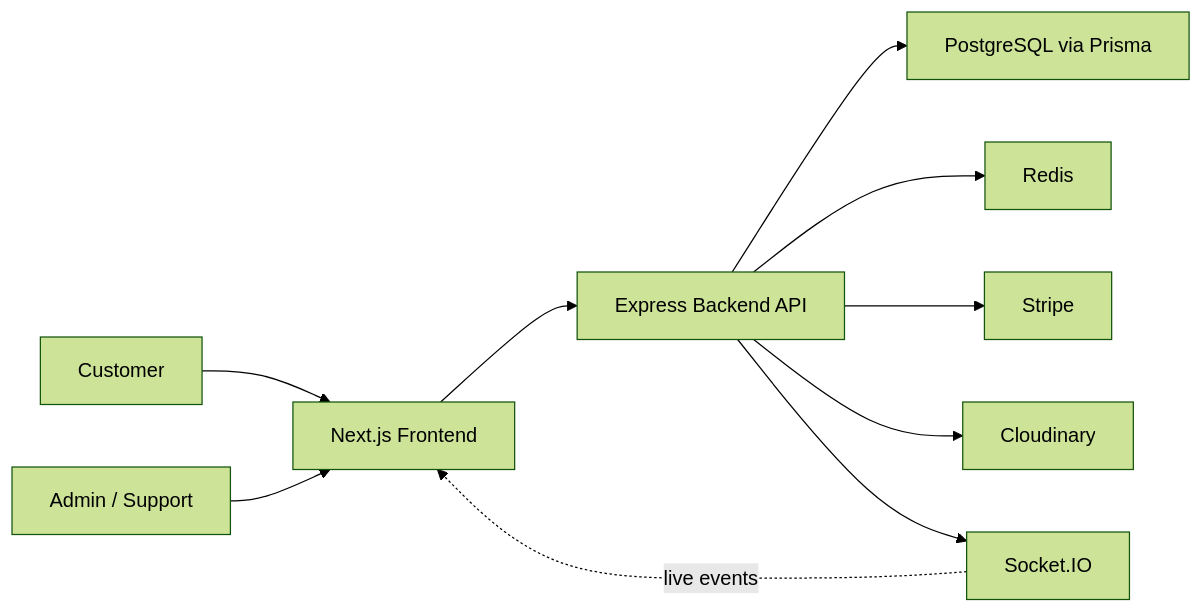
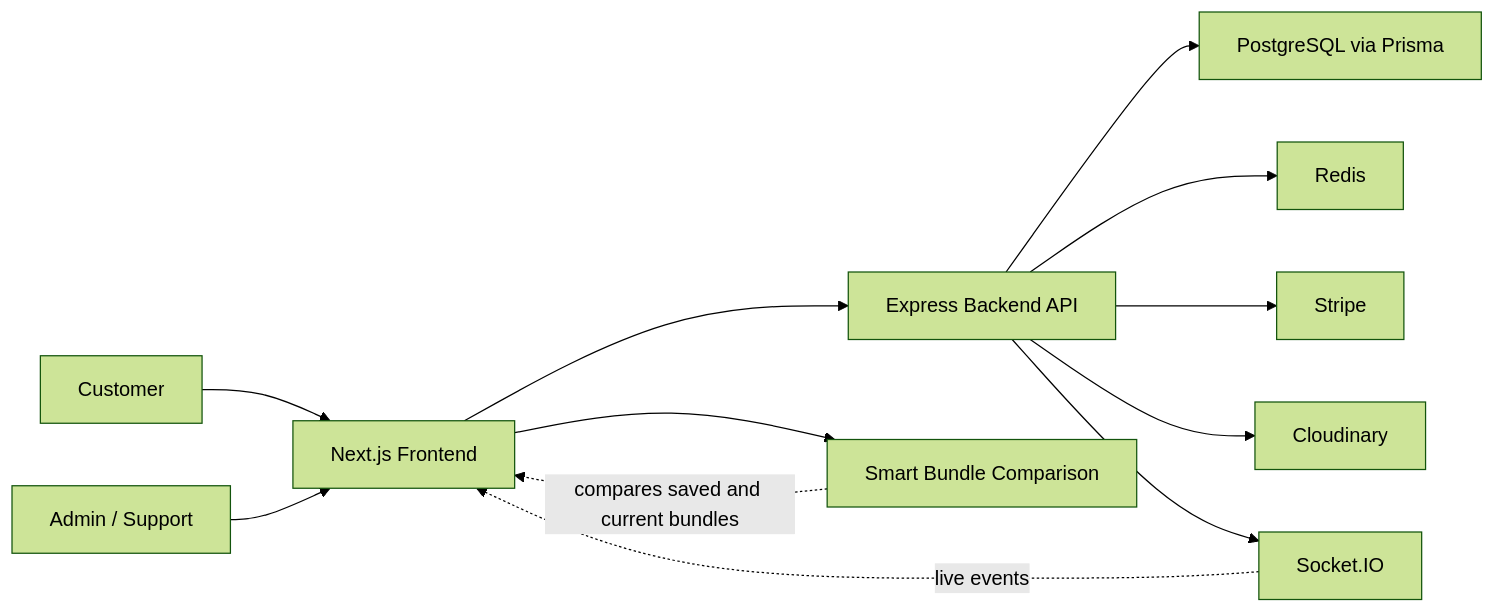
The first of 3 diagrams in PROJECT_STUDY_GUIDE.md (nitin2005sharma/commerce), drawn with Mermaid (forest theme) before and after one commit. The commit also changed other lines of this file and 4 other files, not shown here.

````diff
--- a/PROJECT_STUDY_GUIDE.md
+++ b/PROJECT_STUDY_GUIDE.md
@@ -48,12 +50,14 @@
 ```mermaid
 flowchart LR
     U["Customer"] --> FE["Next.js Frontend"]
     A["Admin / Support"] --> FE
     FE --> API["Express Backend API"]
+    FE --> COMPARE["Smart Bundle Comparison"]
     API --> DB["PostgreSQL via Prisma"]
     API --> REDIS["Redis"]
     API --> STRIPE["Stripe"]
     API --> CLOUD["Cloudinary"]
     API --> SOCKET["Socket.IO"]
     SOCKET -. live events .-> FE
+    COMPARE -. compares saved and current bundles .-> FE
 ```
````
